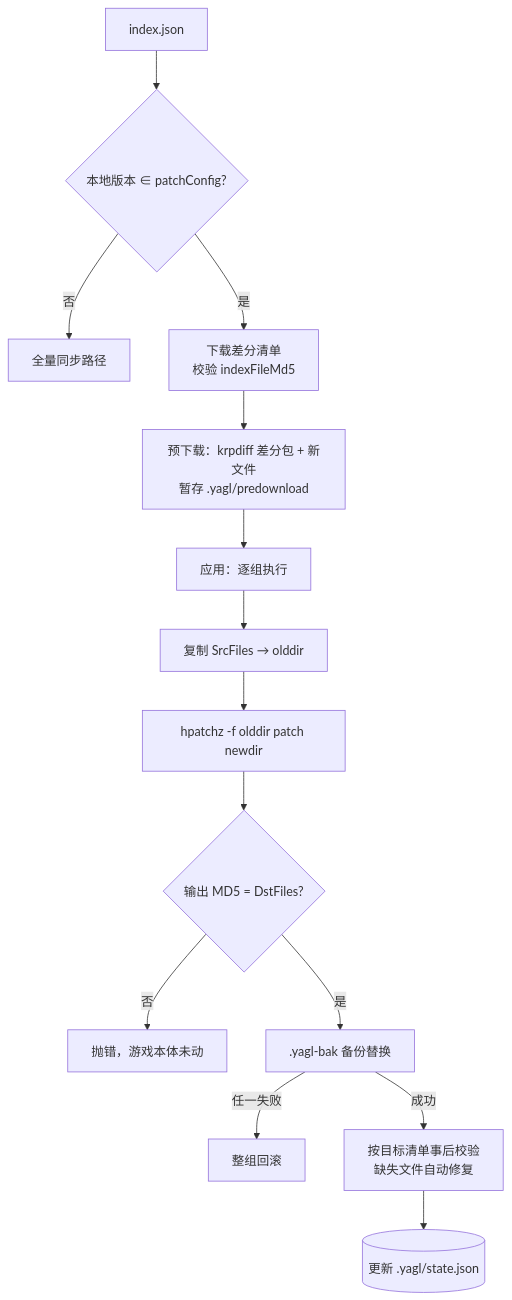
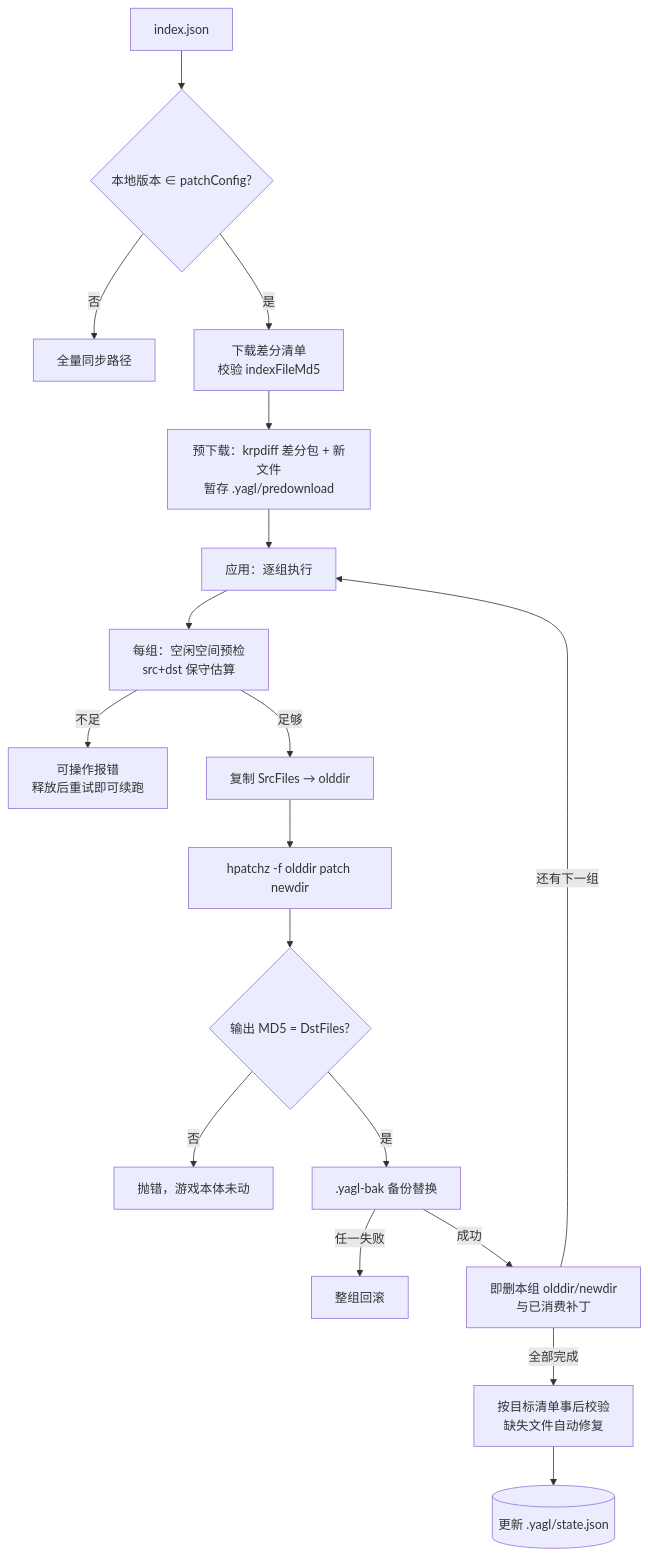
The fourth of 7 diagrams in docs/ARCHITECTURE.md (AngelBeats-Kanade/YetAnotherGameLauncher), drawn with Mermaid before and after one commit. The commit also changed other lines of this file and 6 other files, not shown here.

````diff
--- a/docs/ARCHITECTURE.md
+++ b/docs/ARCHITECTURE.md
@@ -295,16 +295,20 @@
 ```mermaid
 flowchart TD
     A[index.json] --> B{本地版本 ∈ patchConfig?}
     B -- 否 --> FULL[全量同步路径]
     B -- 是 --> C[下载差分清单<br/>校验 indexFileMd5]
     C --> D[预下载：krpdiff 差分包 + 新文件<br/>暂存 .yagl/predownload]
     D --> E[应用：逐组执行]
-    E --> E1[复制 SrcFiles → olddir]
+    E --> S[每组：空闲空间预检<br/>src+dst 保守估算]
+    S -- 不足 --> SX[可操作报错<br/>释放后重试即可续跑]
+    S -- 足够 --> E1[复制 SrcFiles → olddir]
     E1 --> E2[hpatchz -f olddir patch newdir]
     E2 --> E3{输出 MD5 = DstFiles?}
     E3 -- 否 --> E4[抛错，游戏本体未动]
     E3 -- 是 --> E5[.yagl-bak 备份替换]
     E5 -- 任一失败 --> E6[整组回滚]
-    E5 -- 成功 --> E7[按目标清单事后校验<br/>缺失文件自动修复]
+    E5 -- 成功 --> CG[即删本组 olddir/newdir<br/>与已消费补丁]
+    CG -- 还有下一组 --> E
+    CG -- 全部完成 --> E7[按目标清单事后校验<br/>缺失文件自动修复]
     E7 --> H[(更新 .yagl/state.json)]
 ```
````
